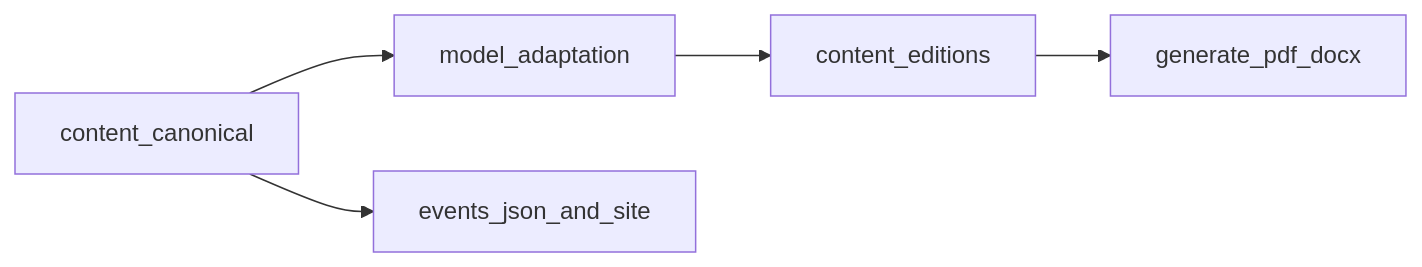
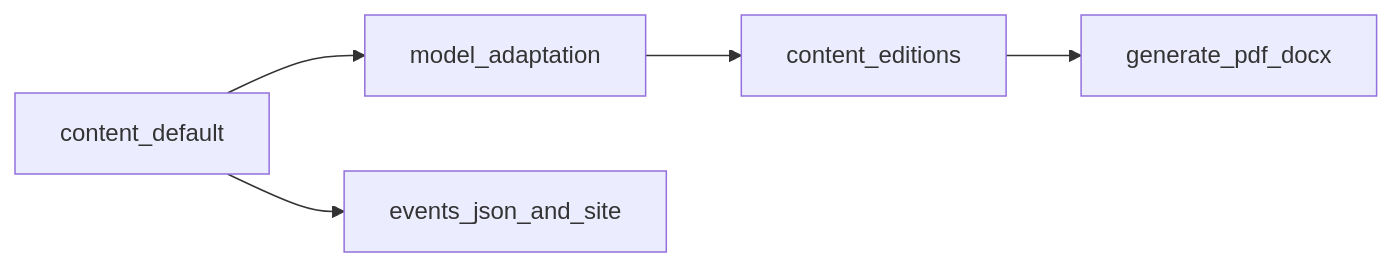
The diagram in docs/BOOK_EDITIONS_PLAN.md (paradigm-threat/paradigm-threat-timeline), drawn with Mermaid before and after one commit. The commit also changed other lines of this file and 6 other files, not shown here.

First line of the commit message:
Docs: three book editions only (default content/, religious, educational).

````diff
--- a/docs/BOOK_EDITIONS_PLAN.md
+++ b/docs/BOOK_EDITIONS_PLAN.md
@@ -206,11 +187,11 @@
 ```mermaid
 flowchart LR
-  canonical[content_canonical]
+  canonical[content_default]
   editionTrees[content_editions]
   modelPass[model_adaptation]
   export[generate_pdf_docx]
   site[events_json_and_site]
   canonical --> modelPass --> editionTrees
   canonical --> site
   editionTrees --> export
 ```
````
